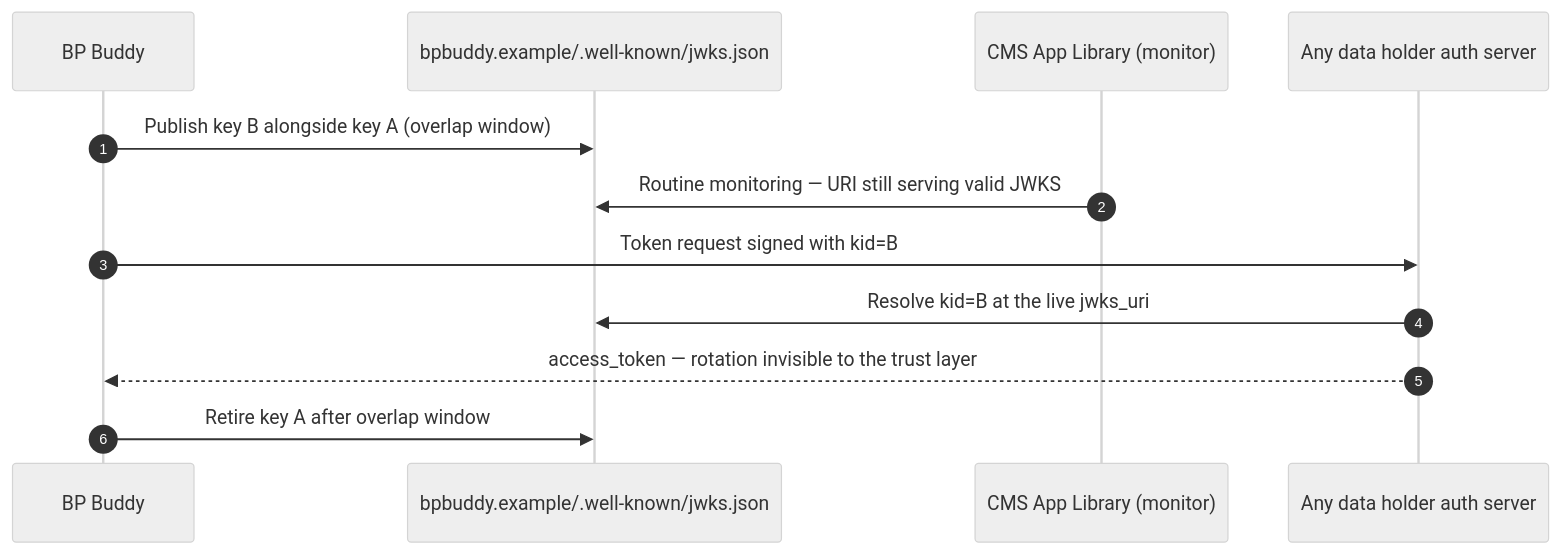
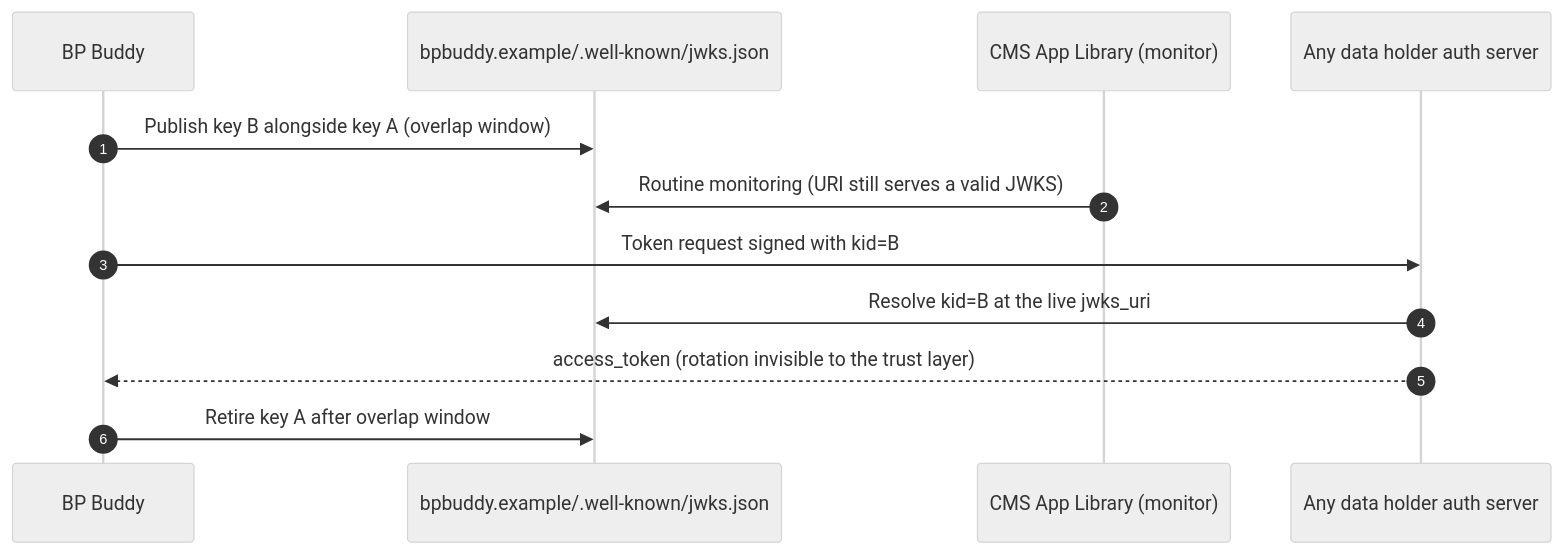
Before and after one commit to jmandel/cms-ns: the ninth of 10 diagrams in app-connectivity-flows.md, drawn with Mermaid (neutral theme). The commit also changed other lines of this file and 1 other file, not shown here.

````diff
--- a/app-connectivity-flows.md
+++ b/app-connectivity-flows.md
@@ -261,15 +262,15 @@
 ```mermaid
 sequenceDiagram
     autonumber
     participant App as BP Buddy
     participant JWKS as bpbuddy.example/.well-known/jwks.json
     participant CMS as CMS App Library (monitor)
     participant DH as Any data holder auth server
 
     App->>JWKS: Publish key B alongside key A (overlap window)
-    CMS->>JWKS: Routine monitoring — URI still serving valid JWKS
+    CMS->>JWKS: Routine monitoring (URI still serves a valid JWKS)
     App->>DH: Token request signed with kid=B
     DH->>JWKS: Resolve kid=B at the live jwks_uri
-    DH-->>App: access_token — rotation invisible to the trust layer
+    DH-->>App: access_token (rotation invisible to the trust layer)
     App->>JWKS: Retire key A after overlap window
 ```
````
